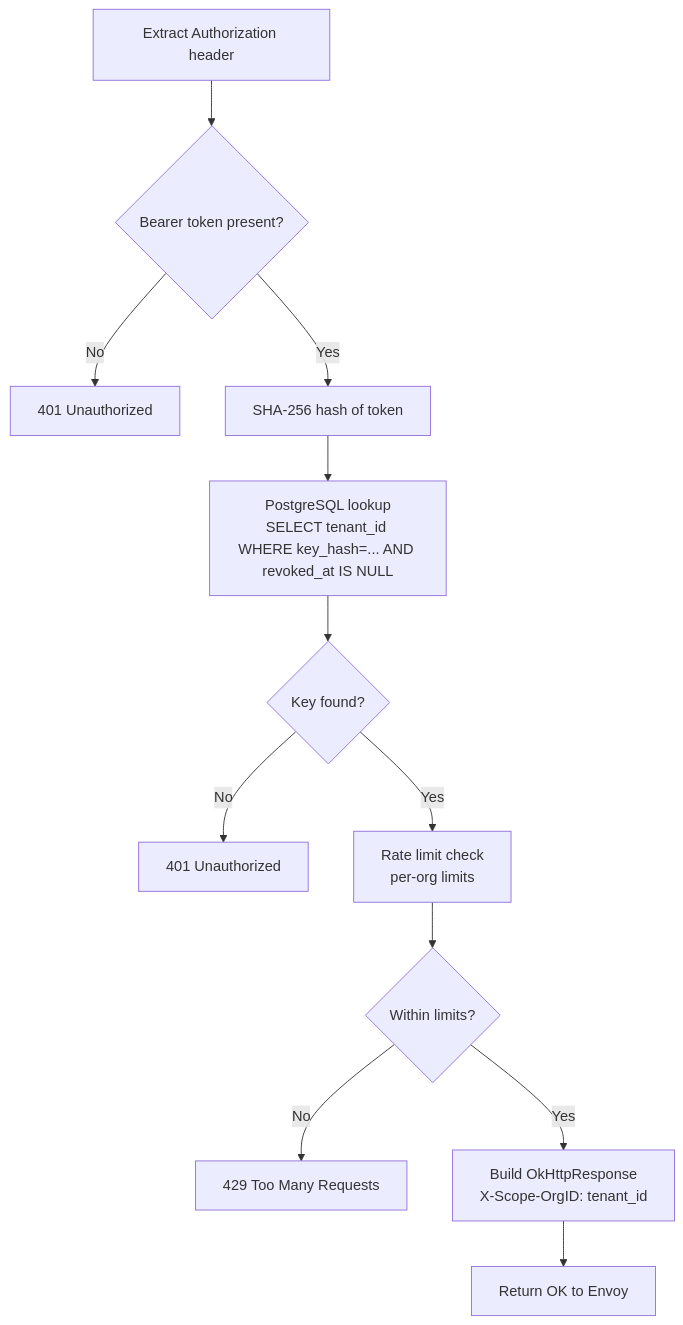
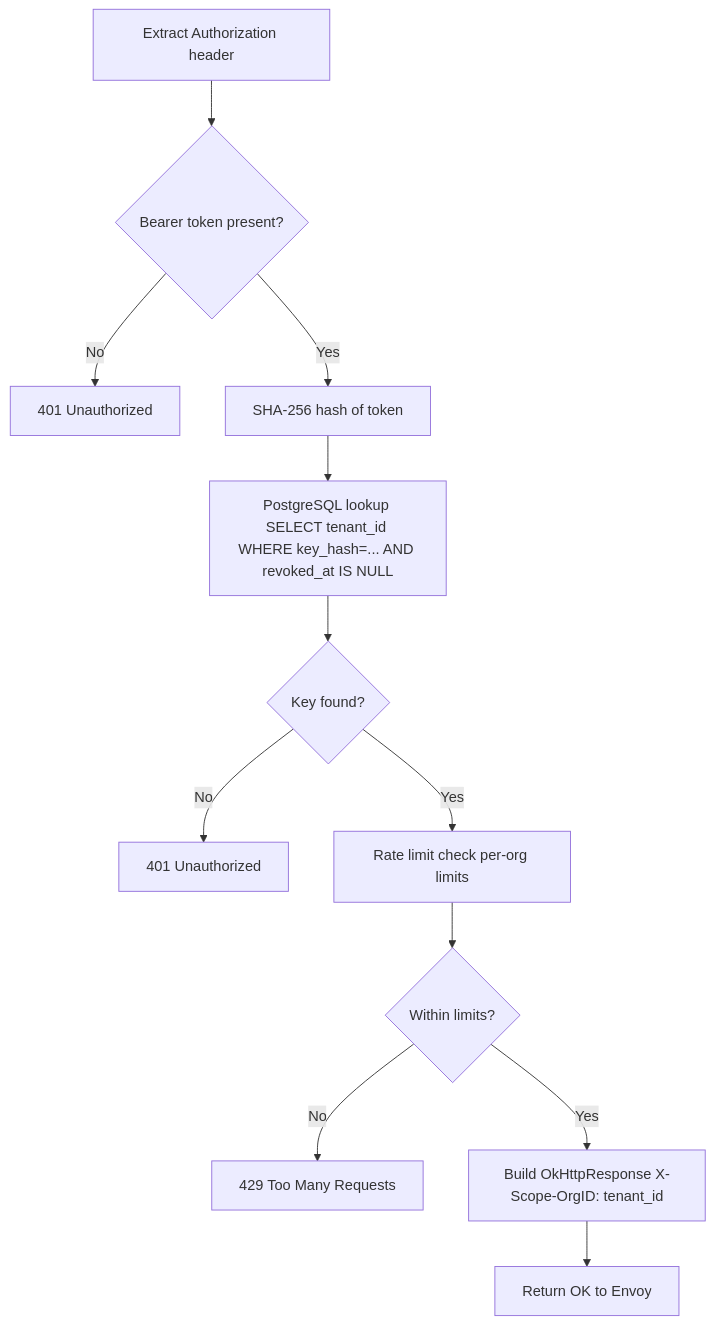
The third of 3 diagrams in docs/session-3/architecture-review.md (xscaler/training), drawn with Mermaid before and after one commit. The commit also changed other lines of this file and 38 other files, not shown here.

First line of the commit message:
Remove internal content, fix Mermaid diagrams, and rewrite labs as customer-facing exercises

````diff
--- a/docs/session-3/architecture-review.md
+++ b/docs/session-3/architecture-review.md
@@ -139,14 +139,14 @@
 ```mermaid
 flowchart TD
     A[Extract Authorization header] --> B{Bearer token present?}
     B -->|No| ERR1[401 Unauthorized]
     B -->|Yes| C[SHA-256 hash of token]
-    C --> D[PostgreSQL lookup\nSELECT tenant_id WHERE key_hash=... AND revoked_at IS NULL]
+    C --> D[PostgreSQL lookup SELECT tenant_id WHERE key_hash=... AND revoked_at IS NULL]
     D --> E{Key found?}
     E -->|No| ERR2[401 Unauthorized]
-    E -->|Yes| F[Rate limit check\nper-org limits]
+    E -->|Yes| F[Rate limit check per-org limits]
     F --> G{Within limits?}
     G -->|No| ERR3[429 Too Many Requests]
-    G -->|Yes| H[Build OkHttpResponse\nX-Scope-OrgID: tenant_id]
+    G -->|Yes| H[Build OkHttpResponse X-Scope-OrgID: tenant_id]
     H --> I[Return OK to Envoy]
 ```
````
